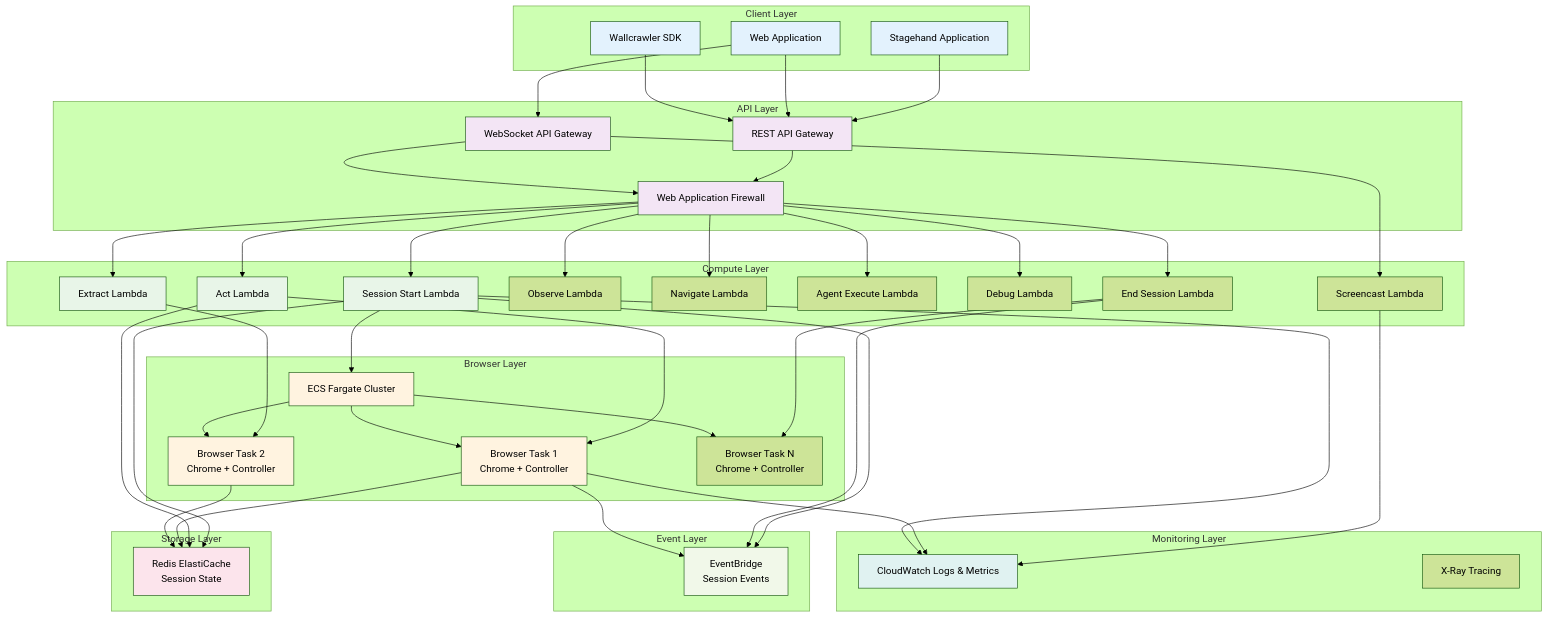
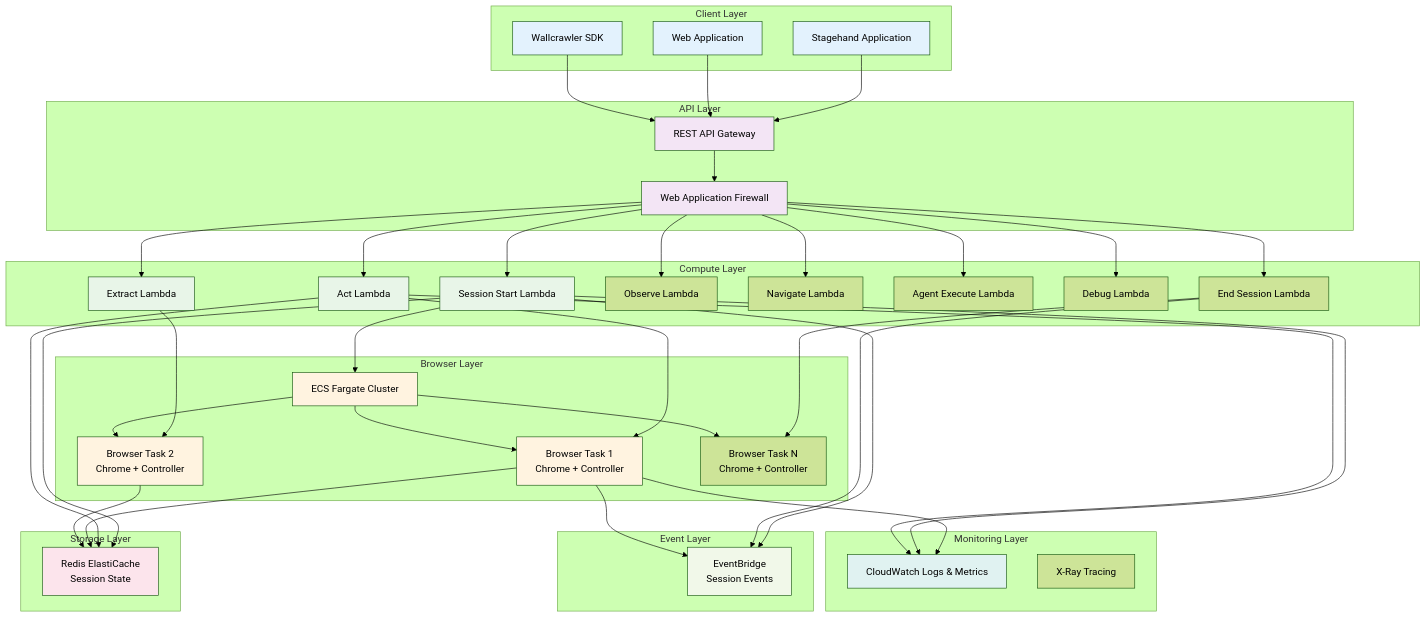
The second of 14 diagrams in docs/wallcrawler-design-doc.md (Volpestyle/wallcrawler), drawn with Mermaid (forest theme) before and after one commit. The commit also changed other lines of this file and 48 other files, not shown here.

```diff
--- a/docs/wallcrawler-design-doc.md
+++ b/docs/wallcrawler-design-doc.md
@@ -94,7 +105,6 @@
 
     subgraph "API Layer"
         RestAPI[REST API Gateway]
-        WebSocketAPI[WebSocket API Gateway]
         WAF[Web Application Firewall]
     end
 
@@ -107,7 +117,6 @@
         AgentLambda[Agent Execute Lambda]
         DebugLambda[Debug Lambda]
         EndLambda[End Session Lambda]
-        ScreencastLambda[Screencast Lambda]
     end
 
     subgraph "Browser Layer"
@@ -132,11 +141,9 @@
 
     StagehandApp --> RestAPI
     WebApp --> RestAPI
-    WebApp --> WebSocketAPI
     SDK --> RestAPI
 
     RestAPI --> WAF
-    WebSocketAPI --> WAF
     WAF --> StartLambda
     WAF --> ActLambda
     WAF --> ExtractLambda
@@ -145,7 +152,6 @@
     WAF --> AgentLambda
     WAF --> DebugLambda
     WAF --> EndLambda
-    WebSocketAPI --> ScreencastLambda
 
     StartLambda --> ECSCluster
     ActLambda --> BrowserTask1
@@ -165,15 +171,14 @@
     ECSCluster --> BrowserTask2
     ECSCluster --> BrowserTaskN
 
-    ScreencastLambda --> CloudWatch
     BrowserTask1 --> CloudWatch
     StartLambda --> CloudWatch
+    ActLambda --> CloudWatch
 
     style StagehandApp fill:#e3f2fd
     style WebApp fill:#e3f2fd
     style SDK fill:#e3f2fd
     style RestAPI fill:#f3e5f5
-    style WebSocketAPI fill:#f3e5f5
     style WAF fill:#f3e5f5
     style StartLambda fill:#e8f5e8
     style ActLambda fill:#e8f5e8
```
